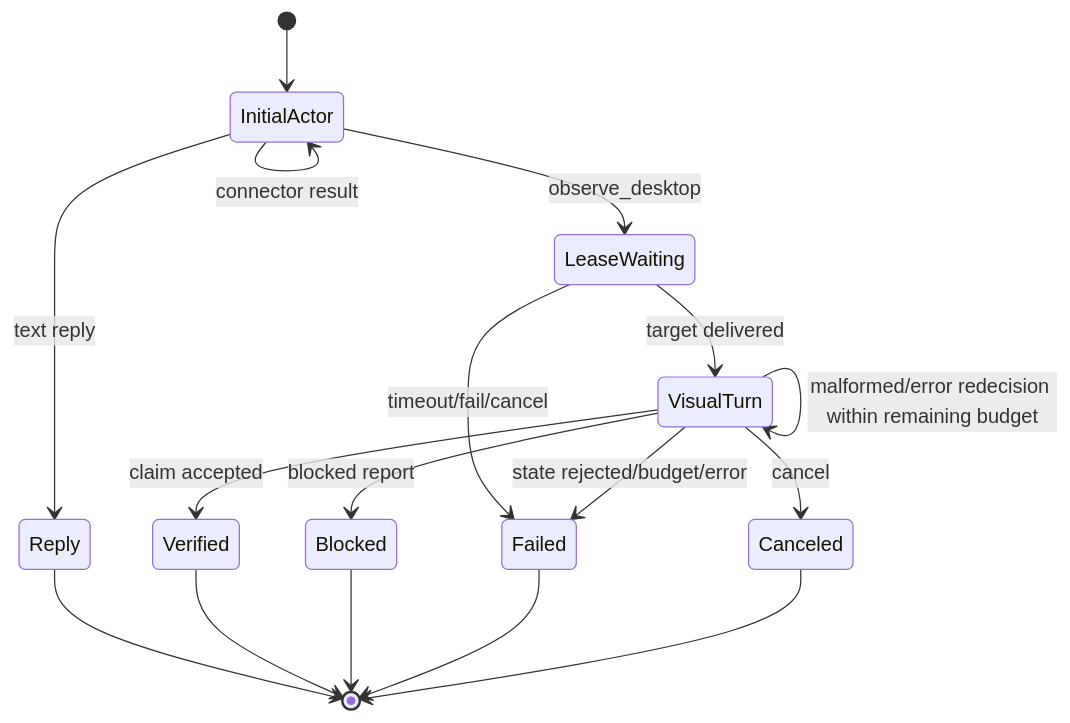
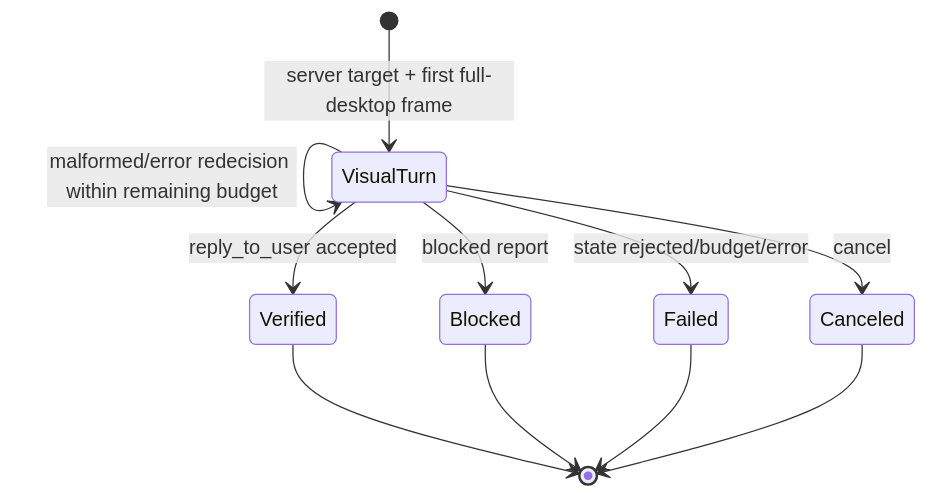
Before and after one commit to zoujiapeng/lingdong-script: the sixth of 8 diagrams in docs/project-guide/02-runtime-flows.md, drawn with Mermaid. The commit also changed other lines of this file and 58 other files, not shown here.

````diff
--- a/docs/project-guide/02-runtime-flows.md
+++ b/docs/project-guide/02-runtime-flows.md
@@ -488,21 +399,16 @@
 ```mermaid
 stateDiagram-v2
-  [*] --> InitialActor
-  InitialActor --> Reply: text reply
-  InitialActor --> LeaseWaiting: observe_desktop
-  InitialActor --> InitialActor: connector result
-  LeaseWaiting --> VisualTurn: target delivered
-  LeaseWaiting --> Failed: timeout/fail/cancel
+  [*] --> VisualTurn: server target + first full-desktop frame
+  VisualTurn --> VisualTurn: connector/shell result
   VisualTurn --> VisualTurn: action recorded
   VisualTurn --> VisualTurn: stale discarded
   VisualTurn --> VisualTurn: malformed/error redecision within remaining budget
-  VisualTurn --> Verified: claim accepted
+  VisualTurn --> Verified: reply_to_user accepted
   VisualTurn --> Blocked: blocked report
   VisualTurn --> Failed: state rejected/budget/error
   VisualTurn --> Canceled: cancel
-  Reply --> [*]
   Verified --> [*]
   Blocked --> [*]
   Failed --> [*]
   Canceled --> [*]
 ```
````
